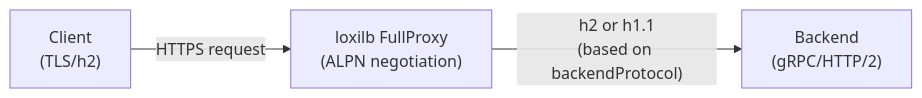
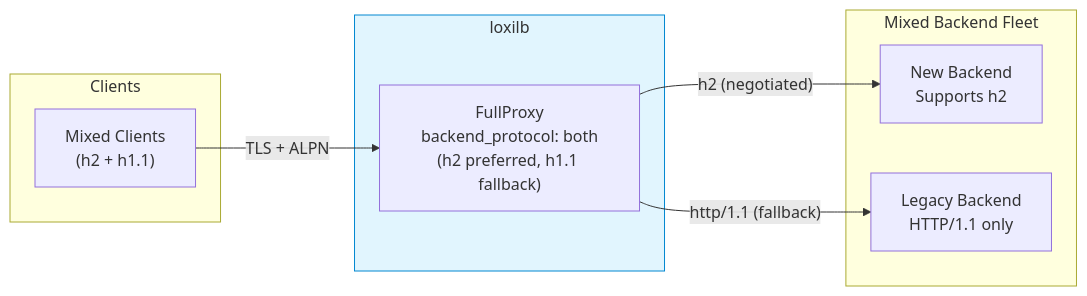
Before and after one commit to NLX-SeokHwanKong/loxilbdocs: the third of 3 diagrams in docs/network-gateway/http2-proxy.md, drawn with Mermaid. The commit also changed other lines of this file and 1 other file, not shown here.

First line of the commit message:
docs(12-02): enhance HTTPS proxy and HTTP/2 proxy with source-verified TLS/ALPN internals

````diff
--- a/docs/network-gateway/http2-proxy.md
+++ b/docs/network-gateway/http2-proxy.md
@@ -26,5 +244,21 @@
 ```mermaid
 flowchart LR
-    A["Client\n(TLS/h2)"] -->|"HTTPS request"| B["loxilb FullProxy\n(ALPN negotiation)"]
-    B -->|"h2 or h1.1\n(based on backendProtocol)"| C["Backend\n(gRPC/HTTP/2)"]
+    subgraph clients ["Clients"]
+        C["Mixed Clients<br/>(h2 + h1.1)"]
+    end
+
+    subgraph proxy ["loxilb"]
+        LB["FullProxy<br/>backend_protocol: both<br/>(h2 preferred, h1.1 fallback)"]
+    end
+
+    subgraph backends ["Mixed Backend Fleet"]
+        B1["New Backend<br/>Supports h2"]
+        B2["Legacy Backend<br/>HTTP/1.1 only"]
+    end
+
+    C -->|"TLS + ALPN"| LB
+    LB -->|"h2 (negotiated)"| B1
+    LB -->|"http/1.1 (fallback)"| B2
+
+    style proxy fill:#e1f5fe,stroke:#0288d1
 ```
````
